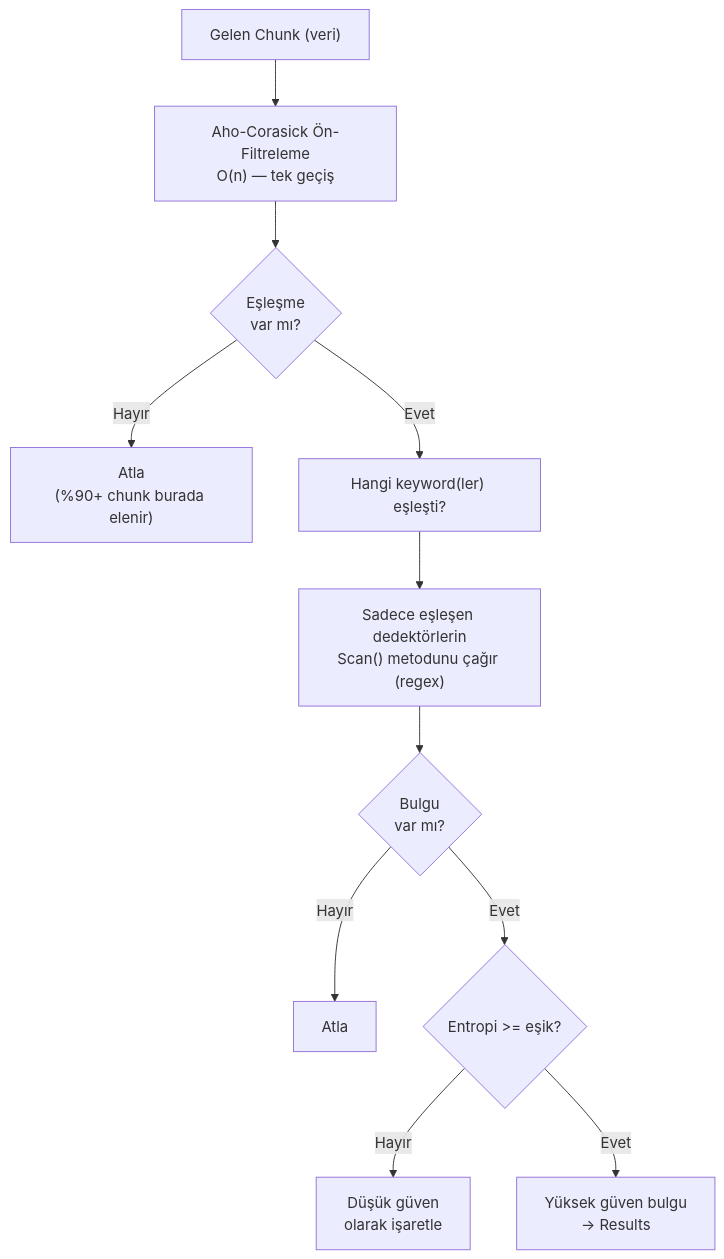
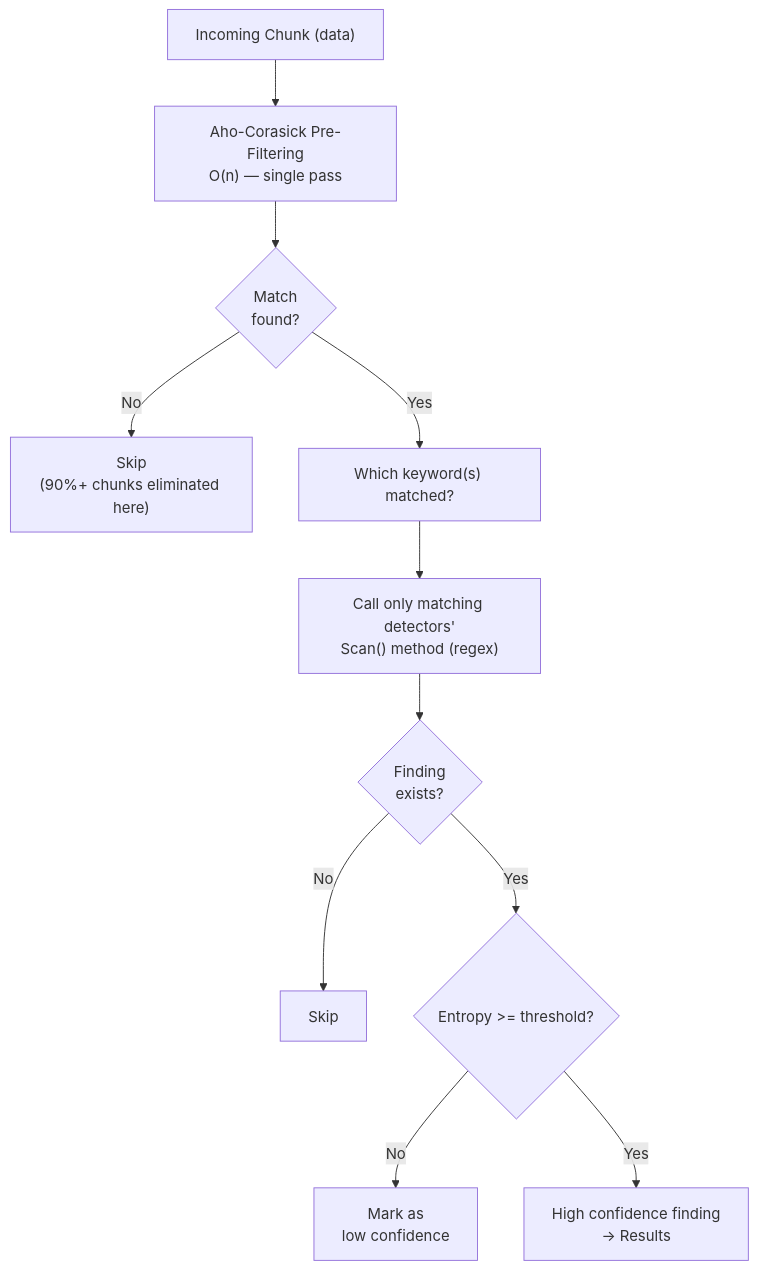
Before and after one commit to actions-marketplace-validations/HodeTech_Leakwatch: the eighth of 8 diagrams in docs/architecture/03-ARCHITECTURE.md, drawn with Mermaid. The commit also changed other lines of this file and 44 other files, not shown here.

````diff
--- a/docs/architecture/03-ARCHITECTURE.md
+++ b/docs/architecture/03-ARCHITECTURE.md
@@ -608,13 +608,13 @@
 ```mermaid
 flowchart TD
-    A["Gelen Chunk (veri)"] --> B["Aho-Corasick Ön-Filtreleme\nO(n) — tek geçiş"]
-    B --> C{"Eşleşme\nvar mı?"}
-    C -->|"Hayır"| D["Atla\n(%90+ chunk burada elenir)"]
-    C -->|"Evet"| E["Hangi keyword(ler) eşleşti?"]
-    E --> F["Sadece eşleşen dedektörlerin\nScan() metodunu çağır (regex)"]
-    F --> G{"Bulgu\nvar mı?"}
-    G -->|"Hayır"| H[Atla]
-    G -->|"Evet"| I{"Entropi >= eşik?"}
-    I -->|"Hayır"| J["Düşük güven\nolarak işaretle"]
-    I -->|"Evet"| K["Yüksek güven bulgu\n→ Results"]
+    A["Incoming Chunk (data)"] --> B["Aho-Corasick Pre-Filtering\nO(n) — single pass"]
+    B --> C{"Match\nfound?"}
+    C -->|"No"| D["Skip\n(90%+ chunks eliminated here)"]
+    C -->|"Yes"| E["Which keyword(s) matched?"]
+    E --> F["Call only matching detectors'\nScan() method (regex)"]
+    F --> G{"Finding\nexists?"}
+    G -->|"No"| H[Skip]
+    G -->|"Yes"| I{"Entropy >= threshold?"}
+    I -->|"No"| J["Mark as\nlow confidence"]
+    I -->|"Yes"| K["High confidence finding\n→ Results"]
 ```
````
